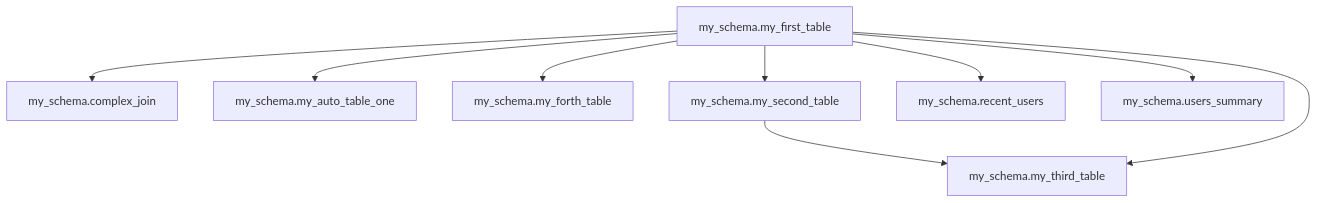
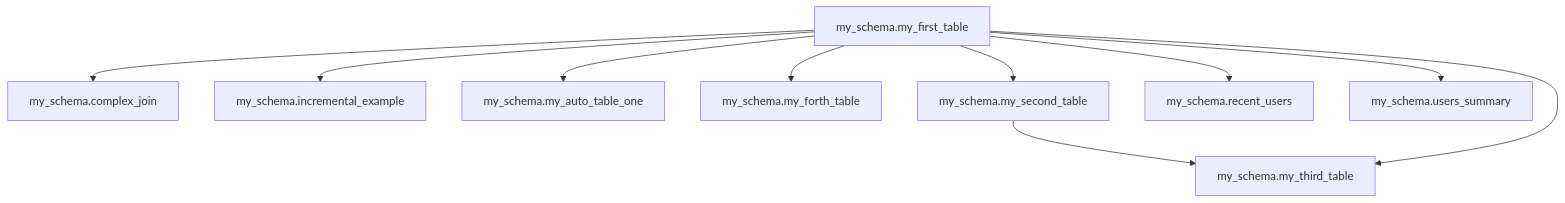
The diagram in t_project_sno/output/dependency_report.md (francescomucio/tee-as-transformation), drawn with Mermaid before and after one commit. The commit also changed other lines of this file and 77 other files, not shown here.

````diff
--- a/t_project_sno/output/dependency_report.md
+++ b/t_project_sno/output/dependency_report.md
@@ -15,29 +15,32 @@
 ```mermaid
 graph TD
     my_schema_complex_join["my_schema.complex_join"]
+    my_schema_incremental_example["my_schema.incremental_example"]
     my_schema_my_auto_table_one["my_schema.my_auto_table_one"]
     my_schema_my_first_table["my_schema.my_first_table"]
     my_schema_my_forth_table["my_schema.my_forth_table"]
     my_schema_my_second_table["my_schema.my_second_table"]
     my_schema_my_third_table["my_schema.my_third_table"]
     my_schema_recent_users["my_schema.recent_users"]
     my_schema_users_summary["my_schema.users_summary"]
+    my_schema_my_first_table --> my_schema_incremental_example
     my_schema_my_first_table --> my_schema_my_forth_table
     my_schema_my_first_table --> my_schema_my_second_table
     my_schema_my_second_table --> my_schema_my_third_table
     my_schema_my_first_table --> my_schema_my_third_table
     my_schema_my_first_table --> my_schema_users_summary
     my_schema_my_first_table --> my_schema_recent_users
     my_schema_my_first_table --> my_schema_complex_join
     my_schema_my_first_table --> my_schema_my_auto_table_one
 
     %% Execution Order:
     %% 1. my_schema.my_first_table
-    %% 2. my_schema.my_forth_table
-    %% 3. my_schema.my_second_table
-    %% 4. my_schema.users_summary
-    %% 5. my_schema.recent_users
-    %% 6. my_schema.complex_join
-    %% 7. my_schema.my_auto_table_one
-    %% 8. my_schema.my_third_table
+    %% 2. my_schema.incremental_example
+    %% 3. my_schema.my_forth_table
+    %% 4. my_schema.my_second_table
+    %% 5. my_schema.users_summary
+    %% 6. my_schema.recent_users
+    %% 7. my_schema.complex_join
+    %% 8. my_schema.my_auto_table_one
+    %% 9. my_schema.my_third_table
 ```
````
